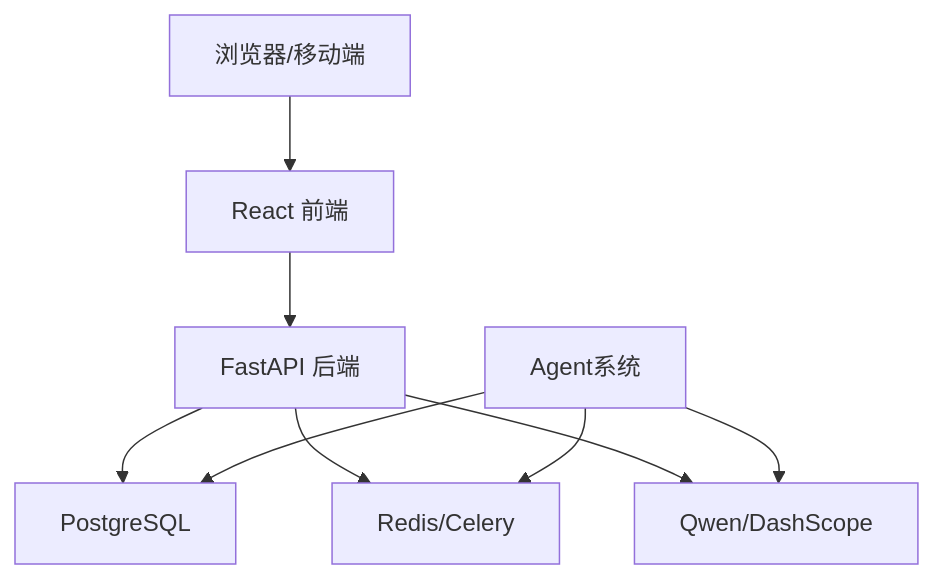
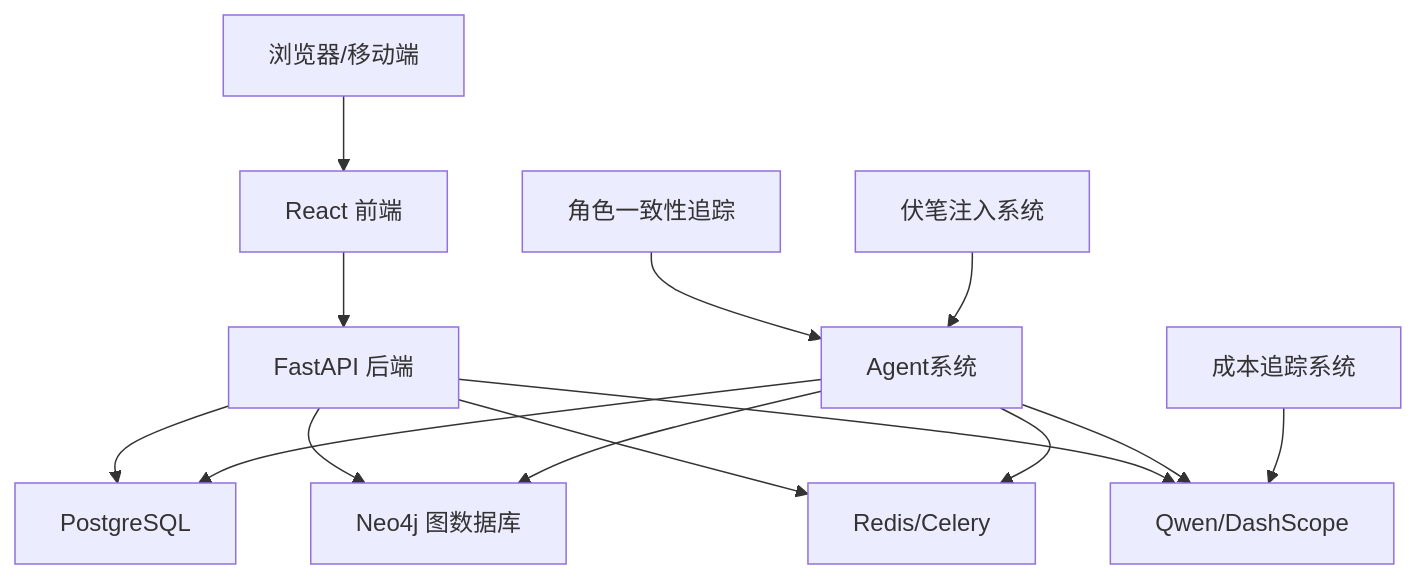
The second of 15 diagrams in .qoder/repowiki/zh/content/项目概述/项目概述.md (xfbyxq/ai-novel-system), drawn with Mermaid before and after one commit. The commit also changed other lines of this file and 9 other files, not shown here.

First line of the commit message:
feat(core): 完善v2.1.0版本，新增Neo4j图数据库及多项智能功能

````diff
--- a/.qoder/repowiki/zh/content/项目概述/项目概述.md
+++ b/.qoder/repowiki/zh/content/项目概述/项目概述.md
@@ -138,11 +180,16 @@
 ```mermaid
 graph TB
 Client["浏览器/移动端"] --> FE["React 前端"]
 FE --> BE["FastAPI 后端"]
 BE --> DB["PostgreSQL"]
+BE --> GraphDB["Neo4j 图数据库"]
 BE --> Queue["Redis/Celery"]
 BE --> LLM["Qwen/DashScope"]
 Sys["Agent系统"] --> LLM
 Sys --> Queue
 Sys --> DB
+Sys --> GraphDB
+Cost["成本追踪系统"] --> LLM
+Consistency["角色一致性追踪"] --> Sys
+Foreshadowing["伏笔注入系统"] --> Sys
 ```
````
